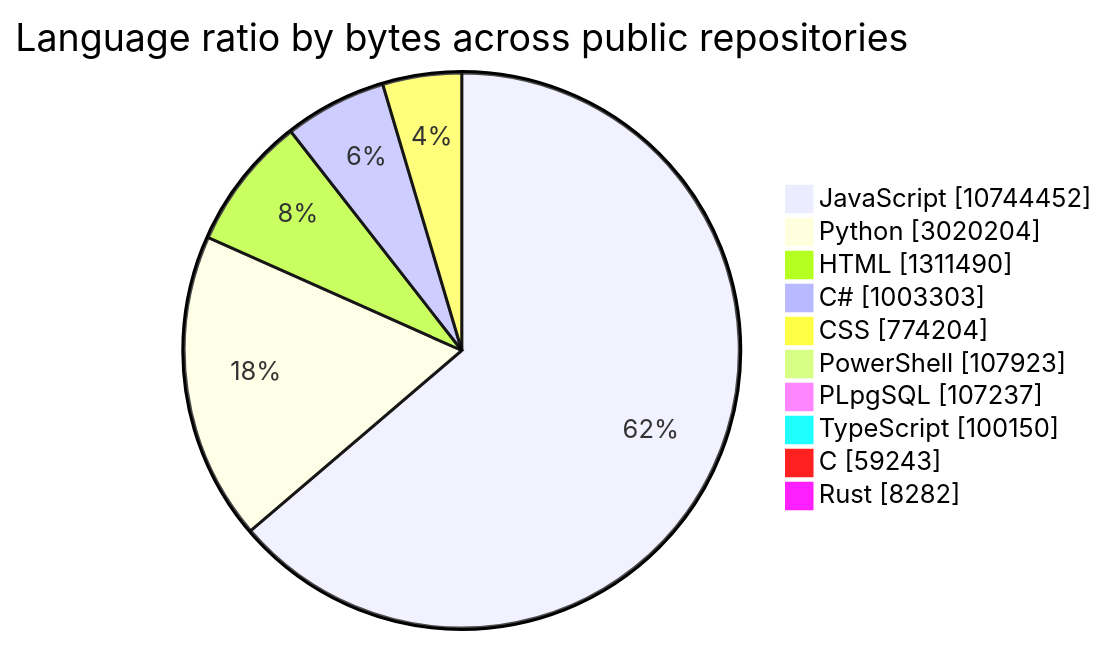
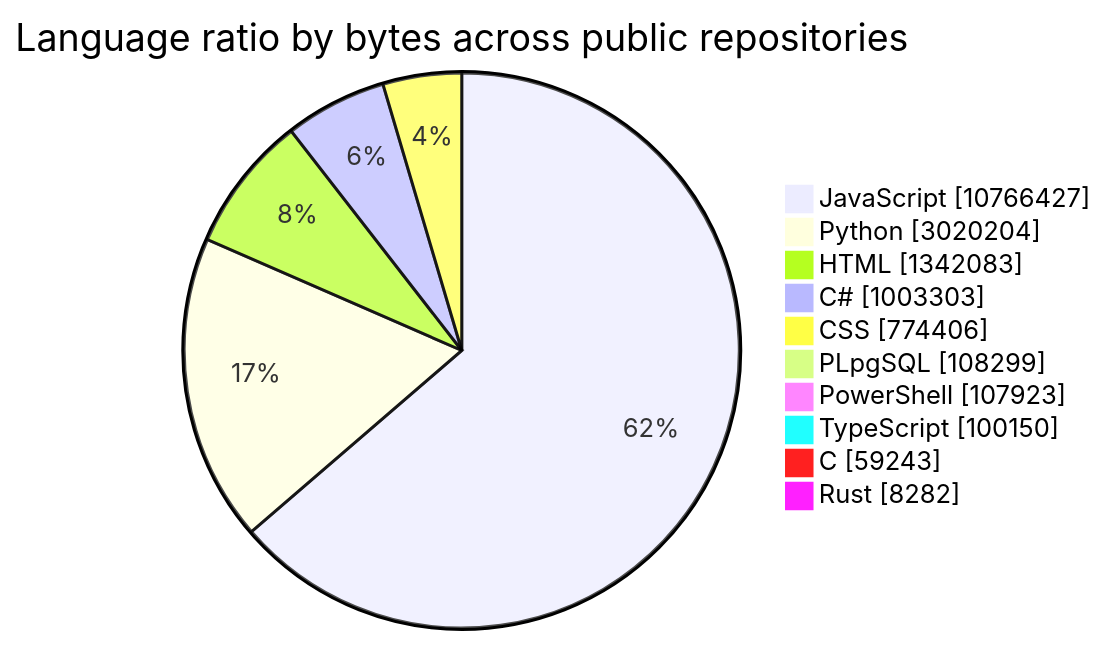
Before and after one commit to tchinso/tchinso: the first of 2 diagrams in README.md, drawn with Mermaid. The commit also changed other lines of this file, not shown here.

````diff
--- a/README.md
+++ b/README.md
@@ -27,14 +27,14 @@
 ```mermaid
 pie showData
     title Language ratio by bytes across public repositories
-    "JavaScript" : 10744452
+    "JavaScript" : 10766427
     "Python" : 3020204
-    "HTML" : 1311490
+    "HTML" : 1342083
     "C#" : 1003303
-    "CSS" : 774204
+    "CSS" : 774406
+    "PLpgSQL" : 108299
     "PowerShell" : 107923
-    "PLpgSQL" : 107237
     "TypeScript" : 100150
     "C" : 59243
     "Rust" : 8282
 ```
````
